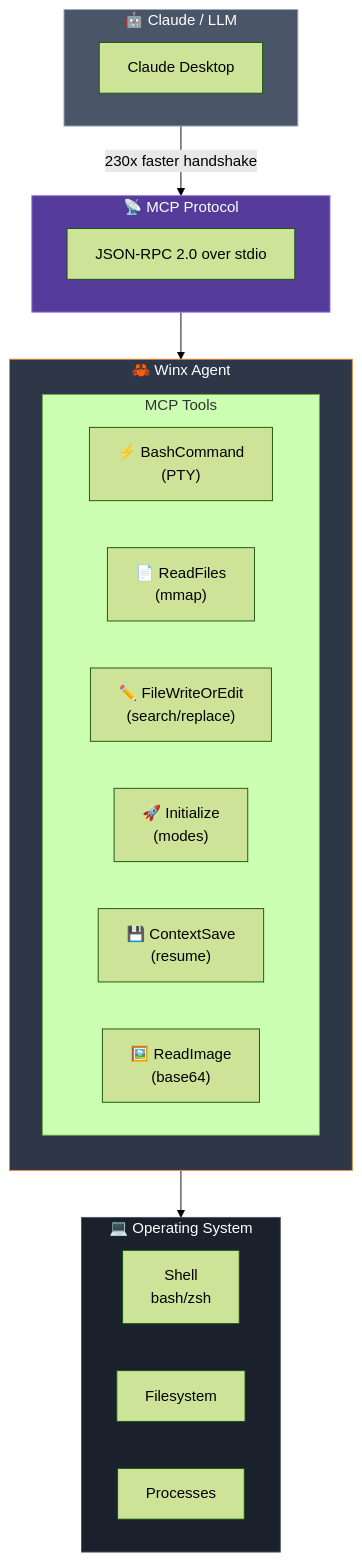
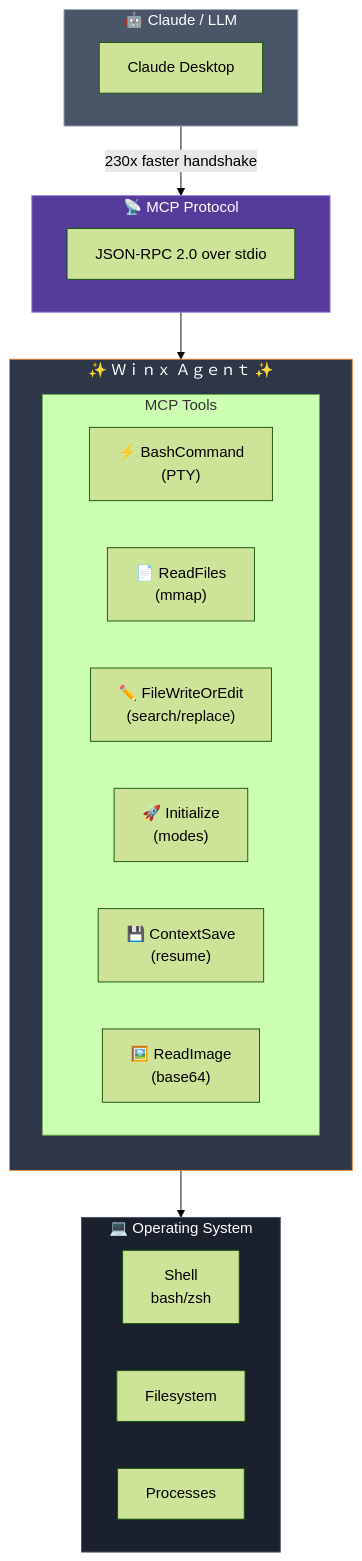
Before and after one commit to gabrielmaialva33/winx-code-agent: the first of 2 diagrams in README.md, drawn with Mermaid (forest theme).

Commit message:
style: ✨ Ｗｉｎｘ Ａｇｅｎｔ ✨ branding

````diff
--- a/README.md
+++ b/README.md
@@ -41,40 +41,40 @@
 ```mermaid
 flowchart TB
     subgraph LLM["🤖 Claude / LLM"]
         direction LR
         claude[Claude Desktop]
     end
 
     subgraph MCP["📡 MCP Protocol"]
         direction LR
         jsonrpc["JSON-RPC 2.0 over stdio"]
     end
 
-    subgraph Winx["🦀 Winx Agent"]
+    subgraph Winx["✨ Ｗｉｎｘ Ａｇｅｎｔ ✨"]
         direction TB
         subgraph Tools["MCP Tools"]
             bash["⚡ BashCommand<br/>(PTY)"]
             read["📄 ReadFiles<br/>(mmap)"]
             write["✏️ FileWriteOrEdit<br/>(search/replace)"]
             init["🚀 Initialize<br/>(modes)"]
             ctx["💾 ContextSave<br/>(resume)"]
             img["🖼️ ReadImage<br/>(base64)"]
         end
     end
 
     subgraph OS["💻 Operating System"]
         direction LR
         shell["Shell<br/>bash/zsh"]
         fs["Filesystem"]
         proc["Processes"]
     end
 
     LLM -->|"230x faster handshake"| MCP
     MCP --> Winx
     Winx --> OS
 
     style LLM fill:#4a5568,stroke:#a0aec0,color:#fff
     style Winx fill:#2d3748,stroke:#ed8936,color:#fff
     style OS fill:#1a202c,stroke:#4a5568,color:#fff
     style MCP fill:#553c9a,stroke:#9f7aea,color:#fff
 ```
````
